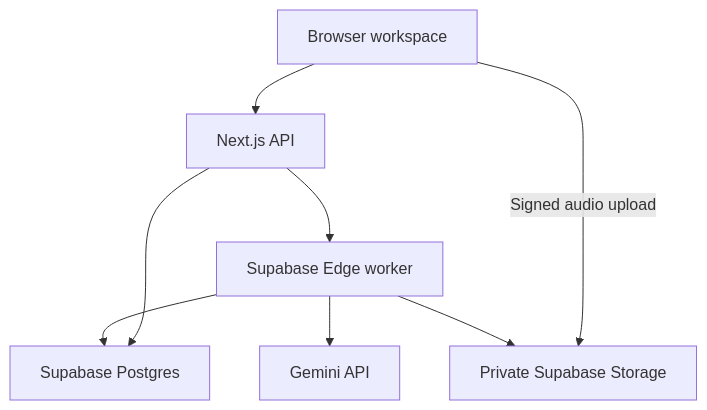
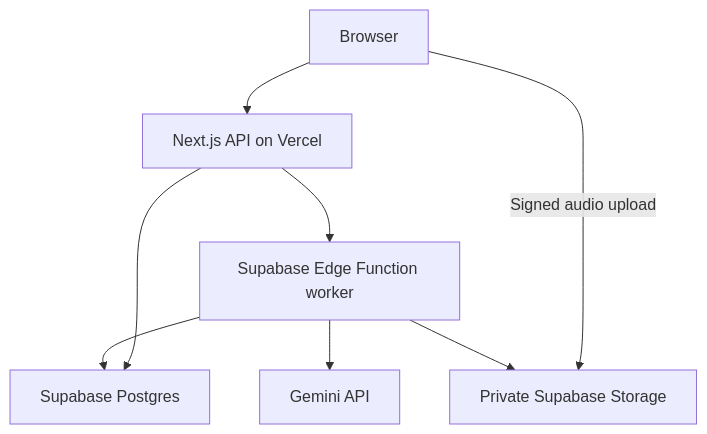
One commit to abdullahaljubayer-101/podwise changed the diagram in README.md. Above: the diagram before and after it, drawn with Mermaid. The commit also changed other lines of this file and 1 other file, not shown here.

````diff
--- a/README.md
+++ b/README.md
@@ -96,10 +38,10 @@
 ```mermaid
 flowchart TD
- B[Browser workspace] --> N[Next.js API]
+ B[Browser] --> N[Next.js API on Vercel]
  B -->|Signed audio upload| S[Private Supabase Storage]
  N --> D[Supabase Postgres]
- N --> W[Supabase Edge worker]
+ N --> W[Supabase Edge Function worker]
  W --> S
  W --> G[Gemini API]
  W --> D
 ```
````
